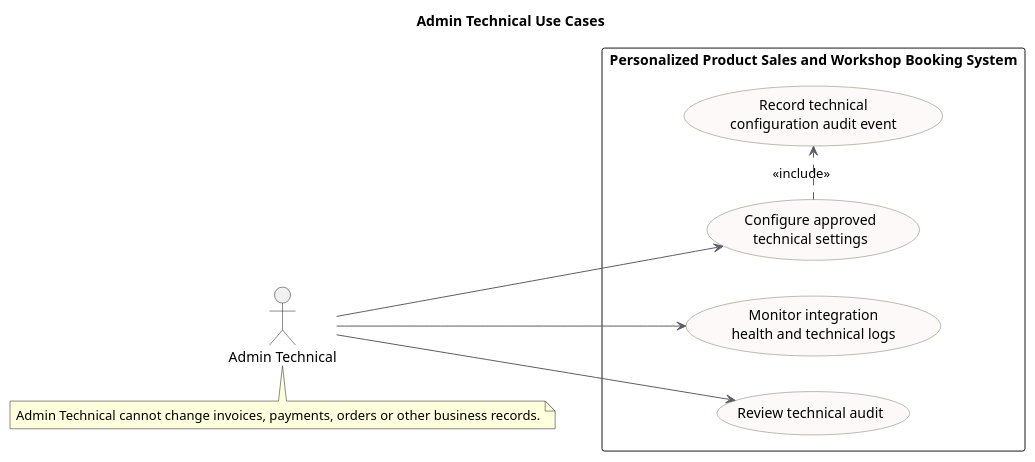
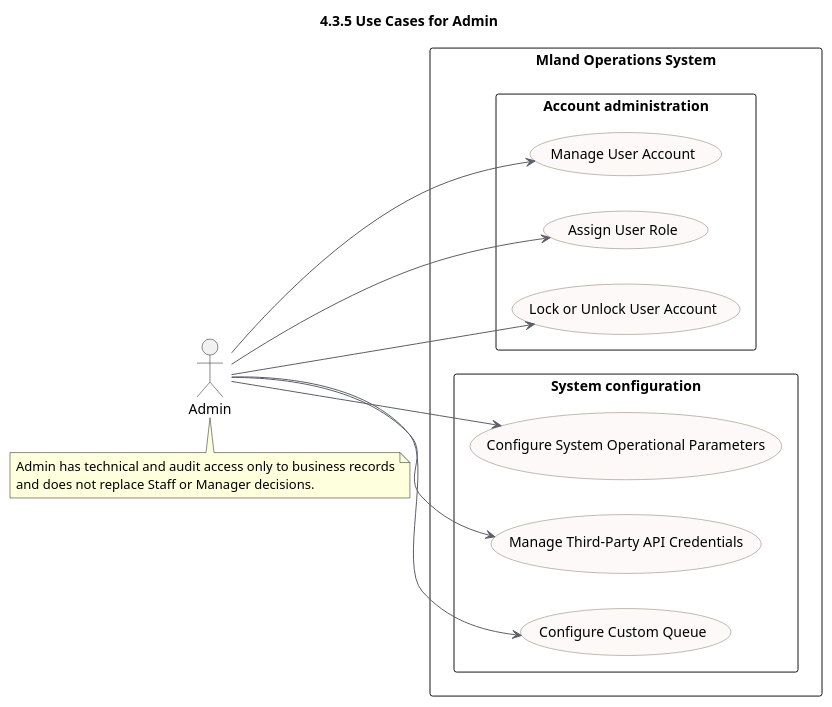
One commit to quoc-ca/mland-operations-hub changed the diagram in documents/docs/report-3-software-requirement-specification/assets/diagrams/use-cases/06-admin-technical-only.puml. Above: the diagram before and after it, drawn with PlantUML. The commit also changed other lines of this file and 52 other files, not shown here.

```diff
--- a/documents/docs/report-3-software-requirement-specification/assets/diagrams/use-cases/06-admin-technical-only.puml
+++ b/documents/docs/report-3-software-requirement-specification/assets/diagrams/use-cases/06-admin-technical-only.puml
@@ -1,29 +1,39 @@
 @startuml
 !pragma charset UTF-8
-title Admin Technical Use Cases
+title 4.3.5 Use Cases for Admin
 left to right direction
 skinparam shadowing false
+skinparam packageStyle rectangle
 skinparam usecase {
   BackgroundColor #FCF9F8
   BorderColor #807663
   ArrowColor #5B5E67
 }
 
-actor "Admin Technical" as Admin
+actor Admin
 
-rectangle "Personalized Product Sales and Workshop Booking System" {
-  usecase "Configure approved\ntechnical settings" as Configure
-  usecase "Monitor integration\nhealth and technical logs" as Monitor
-  usecase "Review technical audit" as TechAudit
-  usecase "Record technical\nconfiguration audit event" as ConfigAudit
+rectangle "Mland Operations System" {
+  package "Account administration" {
+    usecase "Manage User Account" as UC6
+    usecase "Assign User Role" as UC7
+    usecase "Lock or Unlock User Account" as UC8
+  }
+  package "System configuration" {
+    usecase "Configure System Operational Parameters" as UC62
+    usecase "Manage Third-Party API Credentials" as UC63
+    usecase "Configure Custom Queue" as UC68
+  }
 }
 
-Admin --> Configure
-Admin --> Monitor
-Admin --> TechAudit
-Configure .> ConfigAudit : <<include>>
+Admin --> UC6
+Admin --> UC7
+Admin --> UC8
+Admin --> UC62
+Admin --> UC63
+Admin --> UC68
 
 note bottom of Admin
-Admin Technical cannot change invoices, payments, orders or other business records.
+Admin has technical and audit access only to business records
+and does not replace Staff or Manager decisions.
 end note
 @enduml
```
